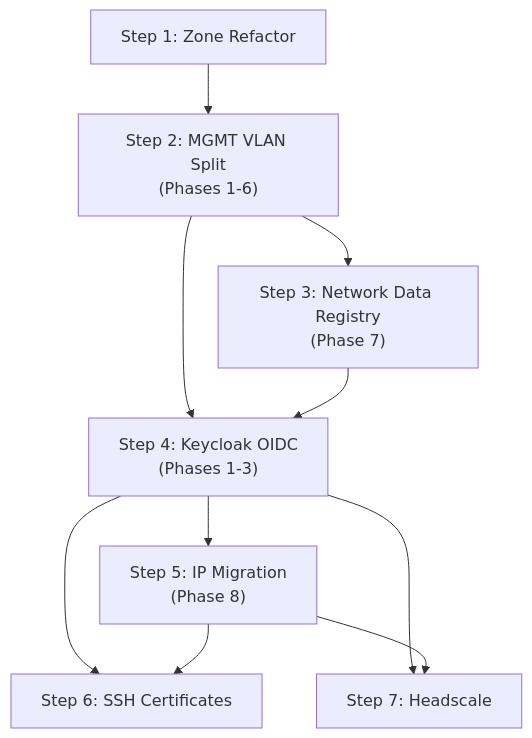
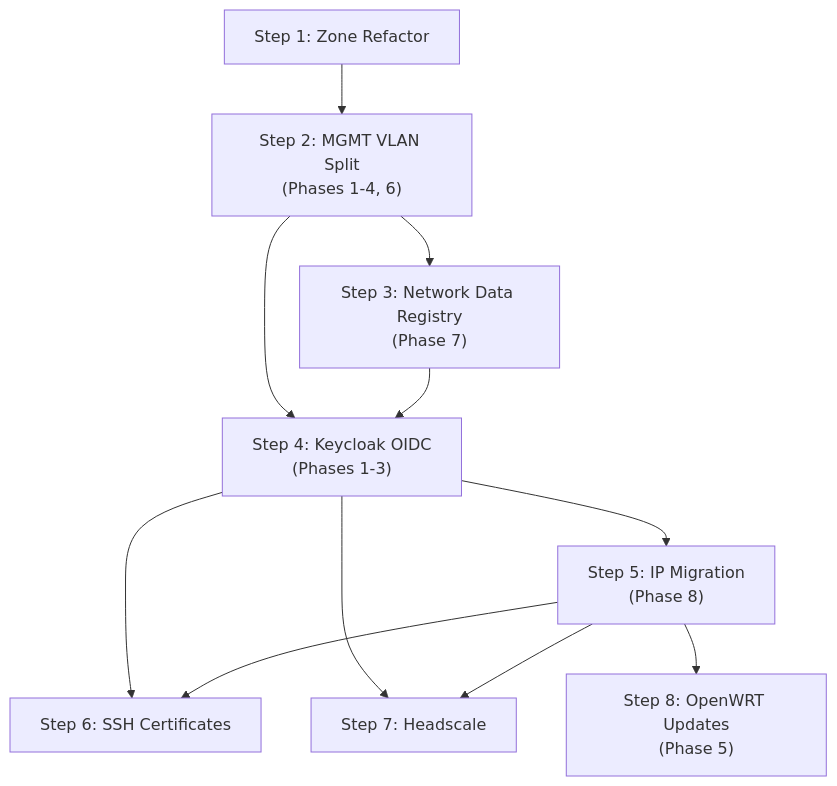
The diagram in llm-notes/feature-roadmap-analysis.md (mutantmell/dotfiles), drawn with Mermaid before and after one commit. The commit also changed other lines of this file, not shown here.

````diff
--- a/llm-notes/feature-roadmap-analysis.md
+++ b/llm-notes/feature-roadmap-analysis.md
@@ -60,20 +60,22 @@
 ```mermaid
 flowchart TD
     ZR["Step 1: Zone Refactor"]
-    VLAN["Step 2: MGMT VLAN Split\n(Phases 1-6)"]
+    VLAN["Step 2: MGMT VLAN Split\n(Phases 1-4, 6)"]
     REG["Step 3: Network Data Registry\n(Phase 7)"]
     KC["Step 4: Keycloak OIDC\n(Phases 1-3)"]
     IP["Step 5: IP Migration\n(Phase 8)"]
     SSH["Step 6: SSH Certificates"]
     HS["Step 7: Headscale"]
+    OW["Step 8: OpenWRT Updates\n(Phase 5)"]
 
     ZR --> VLAN
     VLAN --> REG
     VLAN --> KC
     REG --> KC
     KC --> IP
     KC --> SSH
     KC --> HS
     IP --> SSH
     IP --> HS
+    IP --> OW
 ```
````
